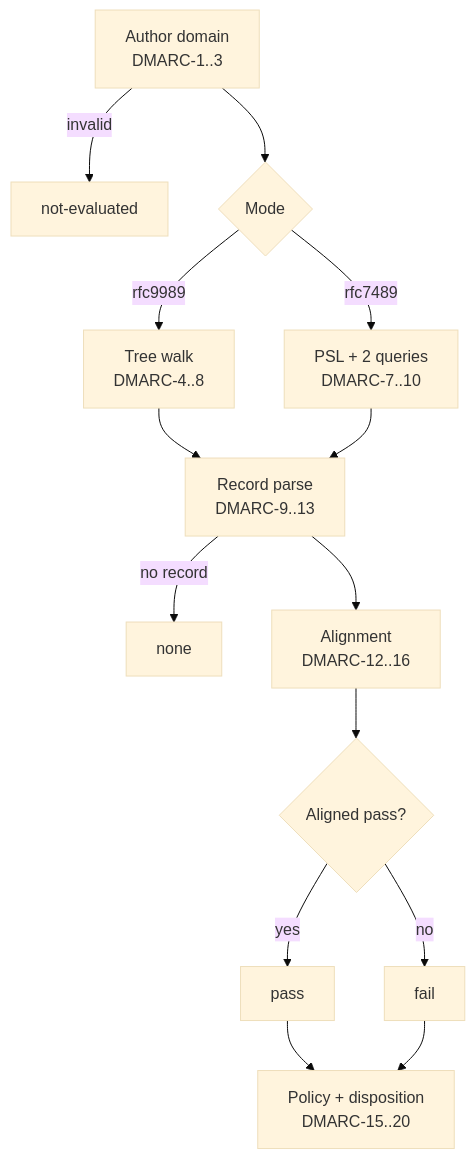
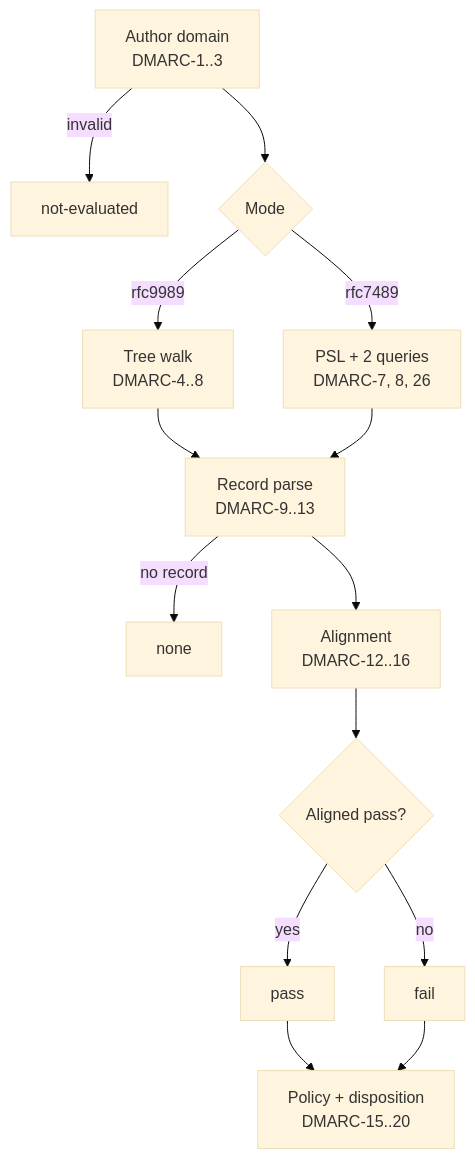
The first of 2 diagrams in docs/reference/mail/dmarc.md (photom/benchside), drawn with Mermaid (base theme) before and after one commit. The commit also changed other lines of this file and 7 other files, not shown here.

First line of the commit message:
Specify DMARC for RFC 7489 mode and add the PSL update workflow

````diff
--- a/docs/reference/mail/dmarc.md
+++ b/docs/reference/mail/dmarc.md
@@ -7,14 +7,14 @@
 ```mermaid
 flowchart TD
   from[Author domain<br/>DMARC-1..3] -->|invalid| ne[not-evaluated]
   from --> disc{Mode}
   disc -->|rfc9989| tw[Tree walk<br/>DMARC-4..8]
-  disc -->|rfc7489| psl[PSL + 2 queries<br/>DMARC-7..10]
+  disc -->|rfc7489| psl[PSL + 2 queries<br/>DMARC-7, 8, 26]
   tw & psl --> rec[Record parse<br/>DMARC-9..13]
   rec -->|no record| none[none]
   rec --> align[Alignment<br/>DMARC-12..16]
   align --> res{Aligned pass?}
   res -->|yes| pass[pass]
   res -->|no| fail[fail]
   pass & fail --> pol[Policy + disposition<br/>DMARC-15..20]
 ```
````
